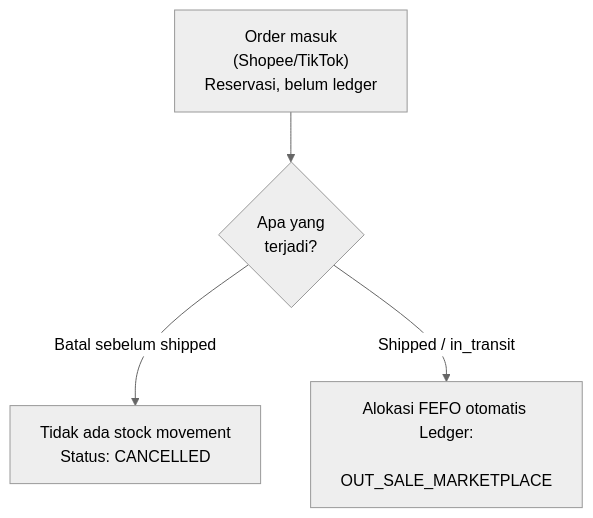
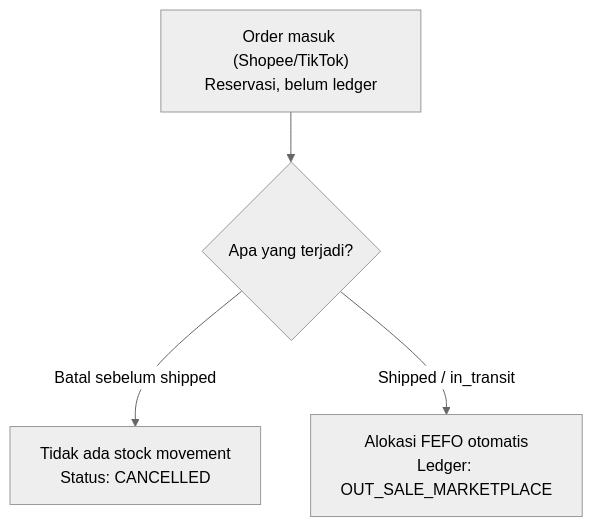
Before and after one commit to damosfxa/Celo_Skincare: the first of 3 diagrams in workflow.md, drawn with Mermaid (neutral theme). The commit also changed other lines of this file and 3 other files, not shown here.

````diff
--- a/workflow.md
+++ b/workflow.md
@@ -9,6 +9,6 @@
 ```mermaid
 flowchart TD
-    A[" Order masuk <br/> (Shopee/TikTok) <br/> Reservasi, belum ledger "] --> B{ Apa yang <br/> terjadi? }
-    B -->|Batal sebelum shipped| C[" Tidak ada stock movement <br/> Status: CANCELLED "]
-    B -->|Shipped / in_transit| D[" Alokasi FEFO otomatis <br/> Ledger: <br/> OUT_SALE_MARKETPLACE "]
+    A["Order masuk (Shopee/TikTok)<br/>Reservasi, belum ledger"] --> B{Apa yang terjadi?}
+    B -->|Batal sebelum shipped| C["Tidak ada stock movement<br/>Status: CANCELLED"]
+    B -->|Shipped / in_transit| D["Alokasi FEFO otomatis<br/>Ledger: OUT_SALE_MARKETPLACE"]
 ```
````
